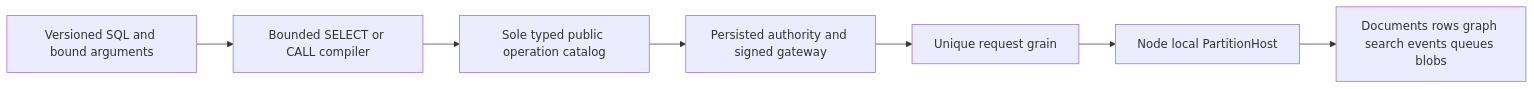
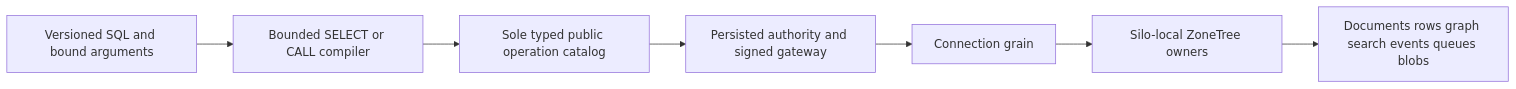
The diagram in docs/ADR/ADR-054-central-sql.md (managedcode/KeyLoad), drawn with Mermaid before and after one commit. The commit also changed other lines of this file and 7356 other files, not shown here.

````diff
--- a/docs/ADR/ADR-054-central-sql.md
+++ b/docs/ADR/ADR-054-central-sql.md
@@ -38,9 +38,9 @@
 ```mermaid
 flowchart LR
     SQL[Versioned SQL and bound arguments] --> Compile[Bounded SELECT or CALL compiler]
     Compile --> Catalog[Sole typed public operation catalog]
     Catalog --> Gateway[Persisted authority and signed gateway]
-    Gateway --> Actor[Unique request grain]
-    Actor --> Host[Node local PartitionHost]
+    Gateway --> Actor[Connection grain]
+    Actor --> Host[Silo-local ZoneTree owners]
     Host --> Models[Documents rows graph search events queues blobs]
 ```
````
